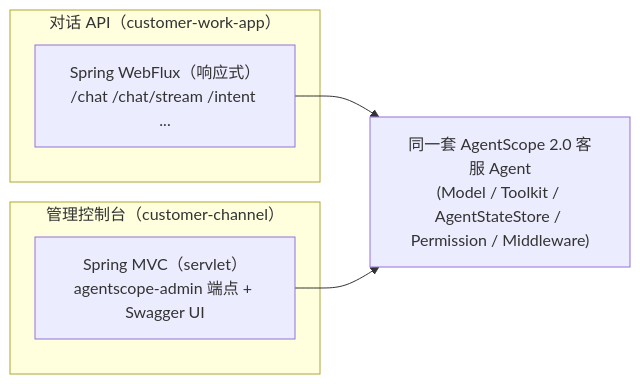
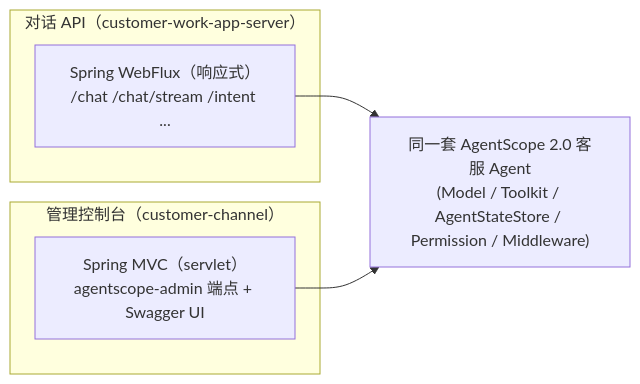
Before and after one commit to liulangjietou/customer_work: the diagram in docs/customer-channel操作文档.md, drawn with Mermaid. The commit also changed other lines of this file and 524 other files, not shown here.

````diff
--- a/docs/customer-channel操作文档.md
+++ b/docs/customer-channel操作文档.md
@@ -37,12 +37,12 @@
 ```mermaid
 flowchart LR
-    subgraph CHAT["对话 API（customer-work-app）"]
+    subgraph CHAT["对话 API（customer-work-app-server）"]
         WF["Spring WebFlux（响应式）<br/>/chat /chat/stream /intent ..."]
     end
     subgraph CONSOLE["管理控制台（customer-channel）"]
         MVC["Spring MVC（servlet）<br/>agentscope-admin 端点 + Swagger UI"]
     end
     AGENT["同一套 AgentScope 2.0 客服 Agent<br/>(Model / Toolkit / AgentStateStore / Permission / Middleware)"]
     WF --> AGENT
     MVC --> AGENT
 ```
````
